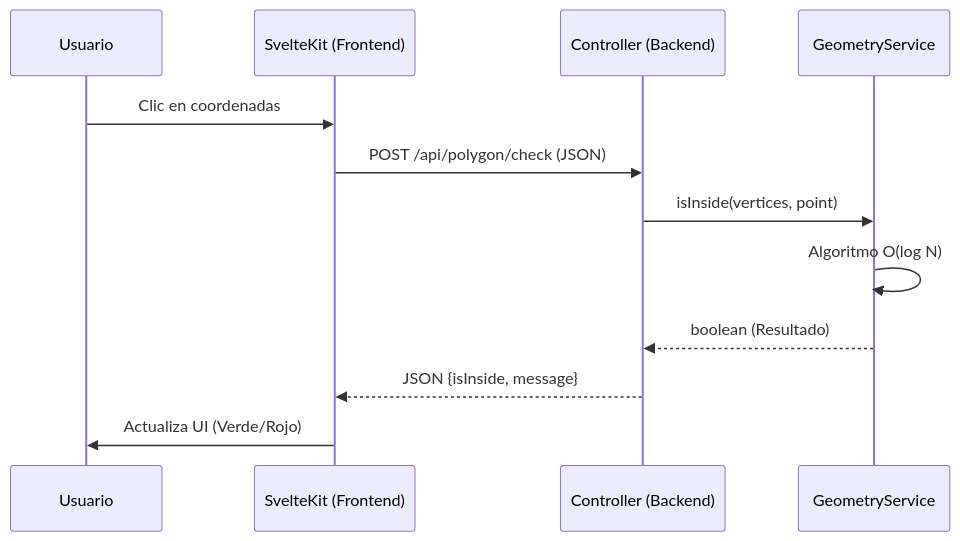
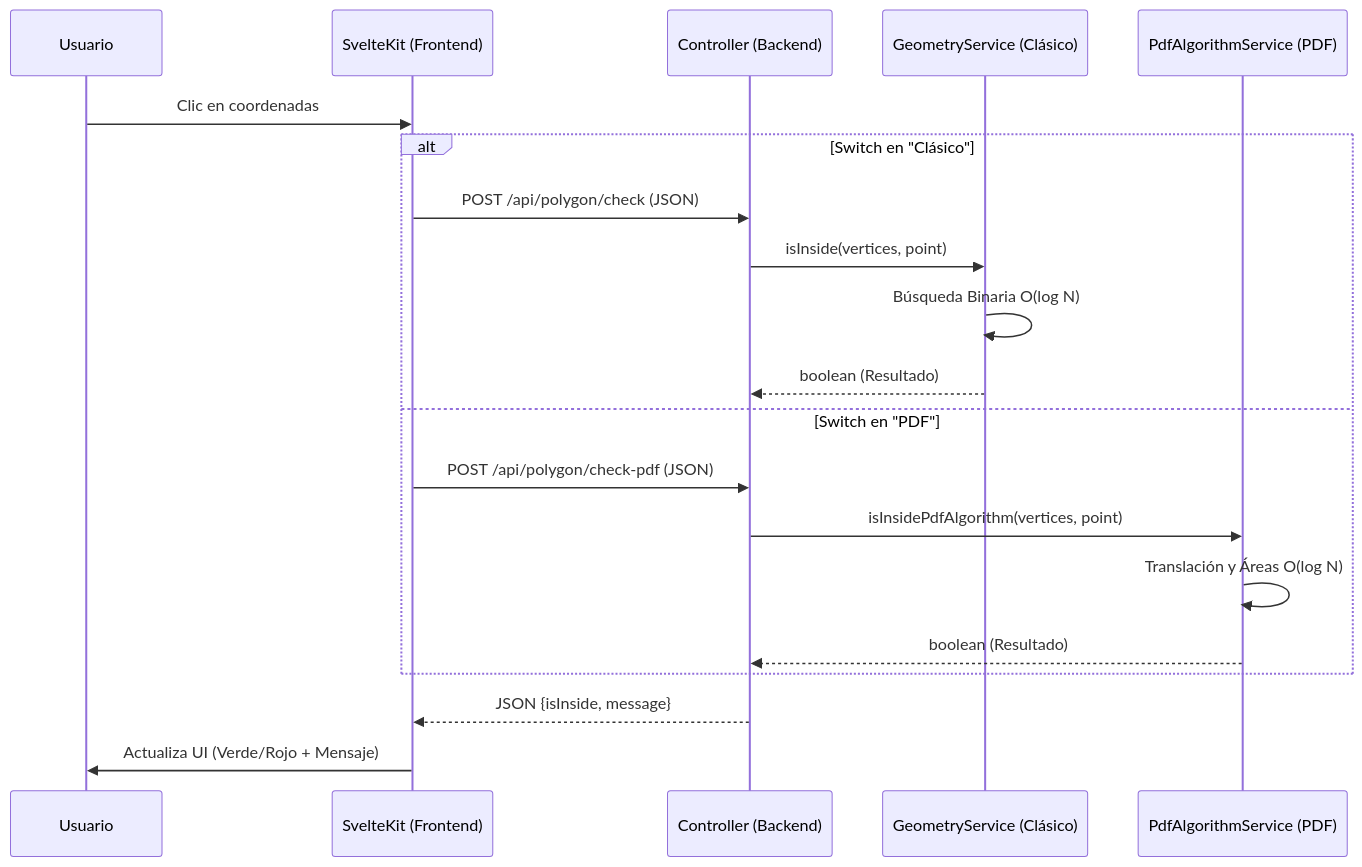
The second of 3 diagrams in UML.md (ortiz117/convex-polygon-search-ologn), drawn with Mermaid before and after one commit. The commit also changed other lines of this file and 3 other files, not shown here.

````diff
--- a/UML.md
+++ b/UML.md
@@ -38,15 +47,25 @@
 ```mermaid
 sequenceDiagram
     participant U as Usuario
     participant F as SvelteKit (Frontend)
     participant C as Controller (Backend)
-    participant S as GeometryService
+    participant S1 as GeometryService (Clásico)
+    participant S2 as PdfAlgorithmService (PDF)
 
     U->>F: Clic en coordenadas
-    F->>C: POST /api/polygon/check (JSON)
-    C->>S: isInside(vertices, point)
-    S->>S: Algoritmo O(log N)
-    S-->>C: boolean (Resultado)
+    
+    alt Switch en "Clásico"
+        F->>C: POST /api/polygon/check (JSON)
+        C->>S1: isInside(vertices, point)
+        S1->>S1: Búsqueda Binaria O(log N)
+        S1-->>C: boolean (Resultado)
+    else Switch en "PDF"
+        F->>C: POST /api/polygon/check-pdf (JSON)
+        C->>S2: isInsidePdfAlgorithm(vertices, point)
+        S2->>S2: Translación y Áreas O(log N)
+        S2-->>C: boolean (Resultado)
+    end
+    
     C-->>F: JSON {isInside, message}
-    F->>U: Actualiza UI (Verde/Rojo)
+    F->>U: Actualiza UI (Verde/Rojo + Mensaje)
 ```
````
